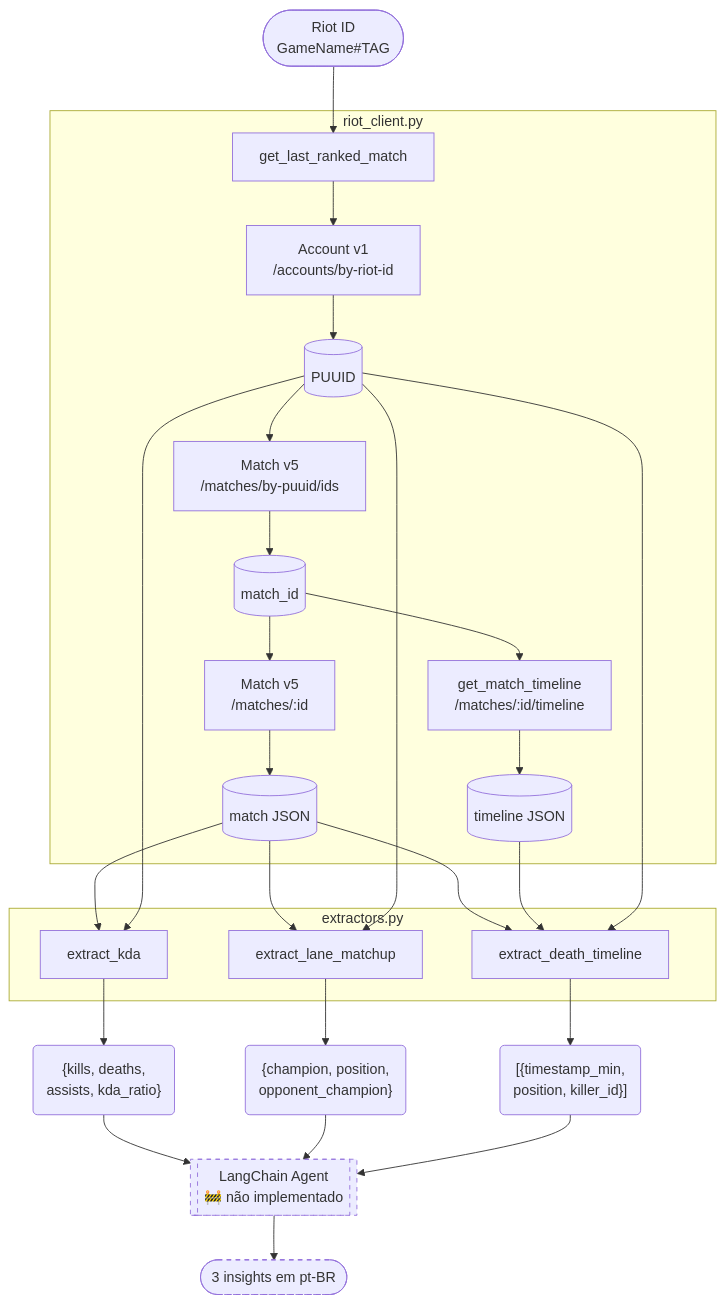
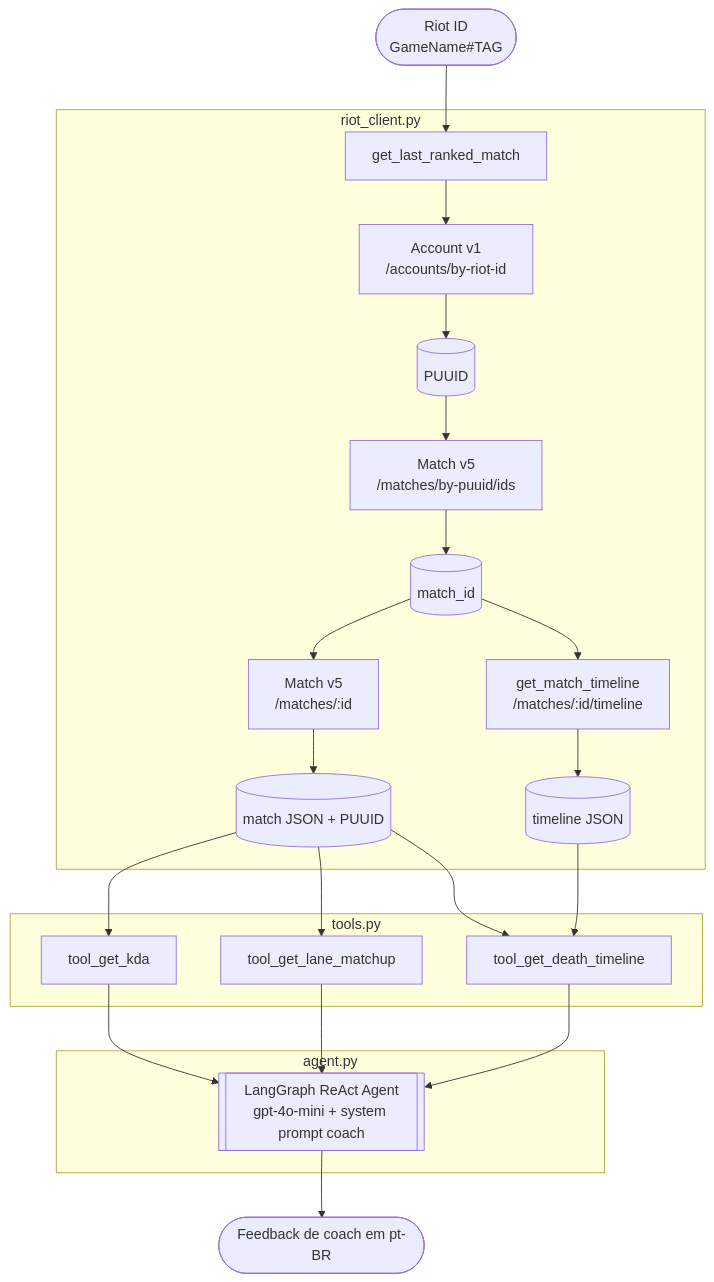
The diagram in README.md (lucasrodriguescunha/lol-match-analyzer), drawn with Mermaid before and after one commit. The commit also changed other lines of this file and 7 other files, not shown here.

Commit message:
feat: update README, add CLI for match analysis, implement caching in tools

````diff
--- a/README.md
+++ b/README.md
@@ -18,27 +19,23 @@
 ```mermaid
 flowchart TD
     A([Riot ID\nGameName#TAG]) --> B[get_last_ranked_match]
 
     subgraph riot_client.py
         B --> C[Account v1\n/accounts/by-riot-id] --> D[(PUUID)]
         D --> E[Match v5\n/matches/by-puuid/ids] --> F[(match_id)]
-        F --> G[Match v5\n/matches/:id] --> H[(match JSON)]
+        F --> G[Match v5\n/matches/:id] --> H[(match JSON + PUUID)]
         F --> I[get_match_timeline\n/matches/:id/timeline] --> J[(timeline JSON)]
     end
 
-    subgraph extractors.py
-        H & D --> K[extract_kda]
-        H & D --> L[extract_lane_matchup]
-        H & J & D --> M[extract_death_timeline]
+    subgraph tools.py
+        H --> K[tool_get_kda]
+        H --> L[tool_get_lane_matchup]
+        H & J --> M[tool_get_death_timeline]
     end
 
-    K --> N("{kills, deaths,\nassists, kda_ratio}")
-    L --> O("{champion, position,\nopponent_champion}")
-    M --> P("[{timestamp_min,\nposition, killer_id}]")
+    subgraph agent.py
+        K & L & M --> N[[LangGraph ReAct Agent\ngpt-4o-mini + system prompt coach]]
+    end
 
-    N & O & P --> Q[[LangChain Agent\n🚧 não implementado]]
-    Q --> R([3 insights em pt-BR])
-
-    style Q stroke-dasharray: 5 5
-    style R stroke-dasharray: 5 5
+    N --> O([Feedback de coach em pt-BR])
 ```
````
